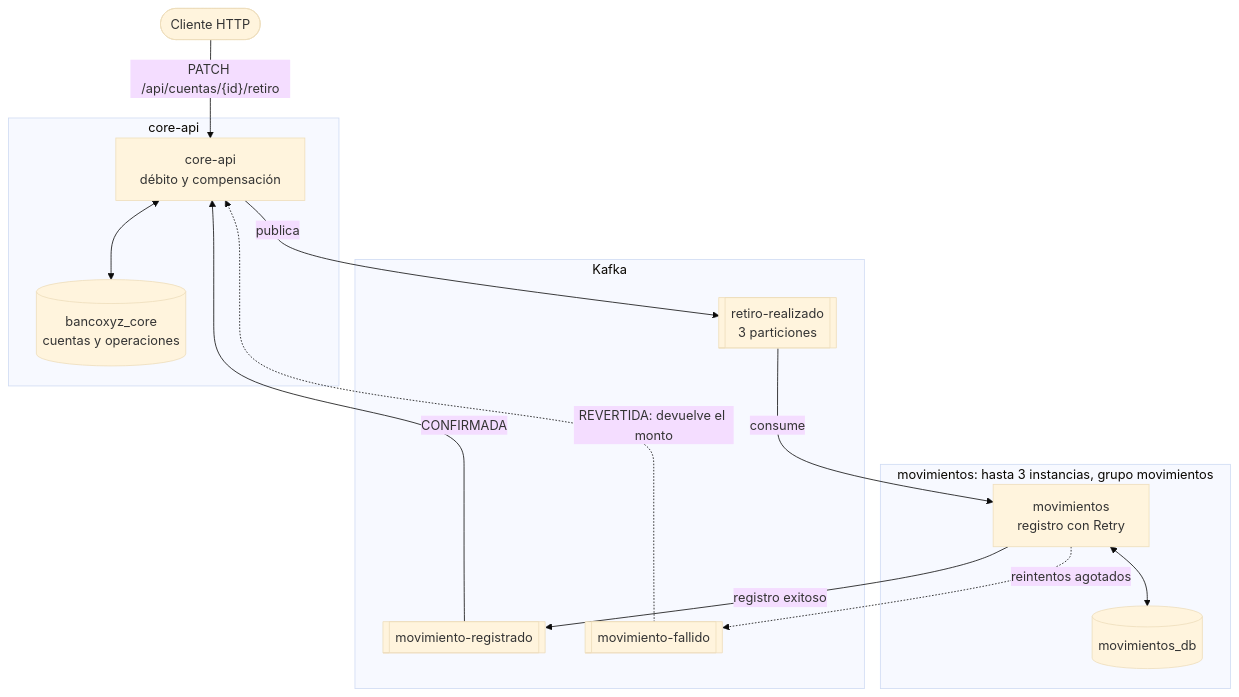
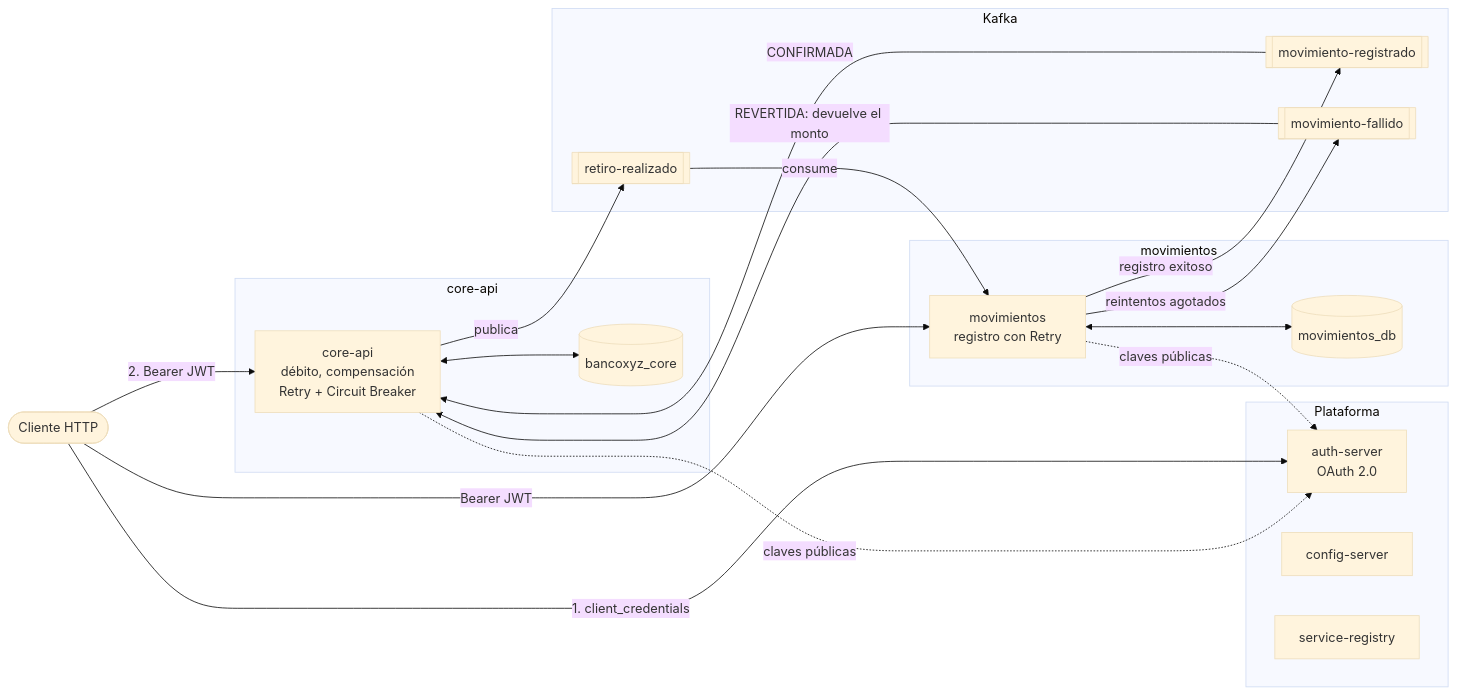
Before and after one commit to dcruz-00/pby2203-bancoxyz-microservicios: the diagram in README.md, drawn with Mermaid (base theme). The commit also changed other lines of this file, not shown here.

Commit message:
README de la semana 8: OAuth 2.0, contenedores y Resilience4j en core-api

````diff
--- a/README.md
+++ b/README.md
@@ -48,29 +35,41 @@
 ```mermaid
-flowchart TB
-    Cliente([Cliente HTTP]) -- "PATCH /api/cuentas/{id}/retiro" --> CoreAPI
+flowchart LR
+    Cliente([Cliente HTTP])
+
+    subgraph plataforma["Plataforma"]
+        Auth[auth-server<br/>OAuth 2.0]
+        Config[config-server]
+        Eureka[service-registry]
+    end
 
     subgraph core["core-api"]
-        CoreAPI[core-api<br/>débito y compensación]
-        DBCore[(bancoxyz_core<br/>cuentas y operaciones)]
+        CoreAPI[core-api<br/>débito, compensación<br/>Retry + Circuit Breaker]
+        DBCore[(bancoxyz_core)]
     end
 
     subgraph kafka["Kafka"]
-        T1[[retiro-realizado<br/>3 particiones]]
+        T1[[retiro-realizado]]
         T2[[movimiento-registrado]]
         T3[[movimiento-fallido]]
     end
 
-    subgraph mov["movimientos: hasta 3 instancias, grupo movimientos"]
+    subgraph mov["movimientos"]
         Mov[movimientos<br/>registro con Retry]
         DBMov[(movimientos_db)]
     end
+
+    Cliente -- "1. client_credentials" --> Auth
+    Cliente -- "2. Bearer JWT" --> CoreAPI
+    Cliente -- "Bearer JWT" --> Mov
+    CoreAPI -. "claves públicas" .-> Auth
+    Mov -. "claves públicas" .-> Auth
 
     CoreAPI <--> DBCore
     CoreAPI -- publica --> T1
     T1 -- consume --> Mov
     Mov <--> DBMov
     Mov -- registro exitoso --> T2
-    Mov -. reintentos agotados .-> T3
+    Mov -- reintentos agotados --> T3
     T2 -- CONFIRMADA --> CoreAPI
-    T3 -. "REVERTIDA: devuelve el monto" .-> CoreAPI
+    T3 -- "REVERTIDA: devuelve el monto" --> CoreAPI
 ```
````
